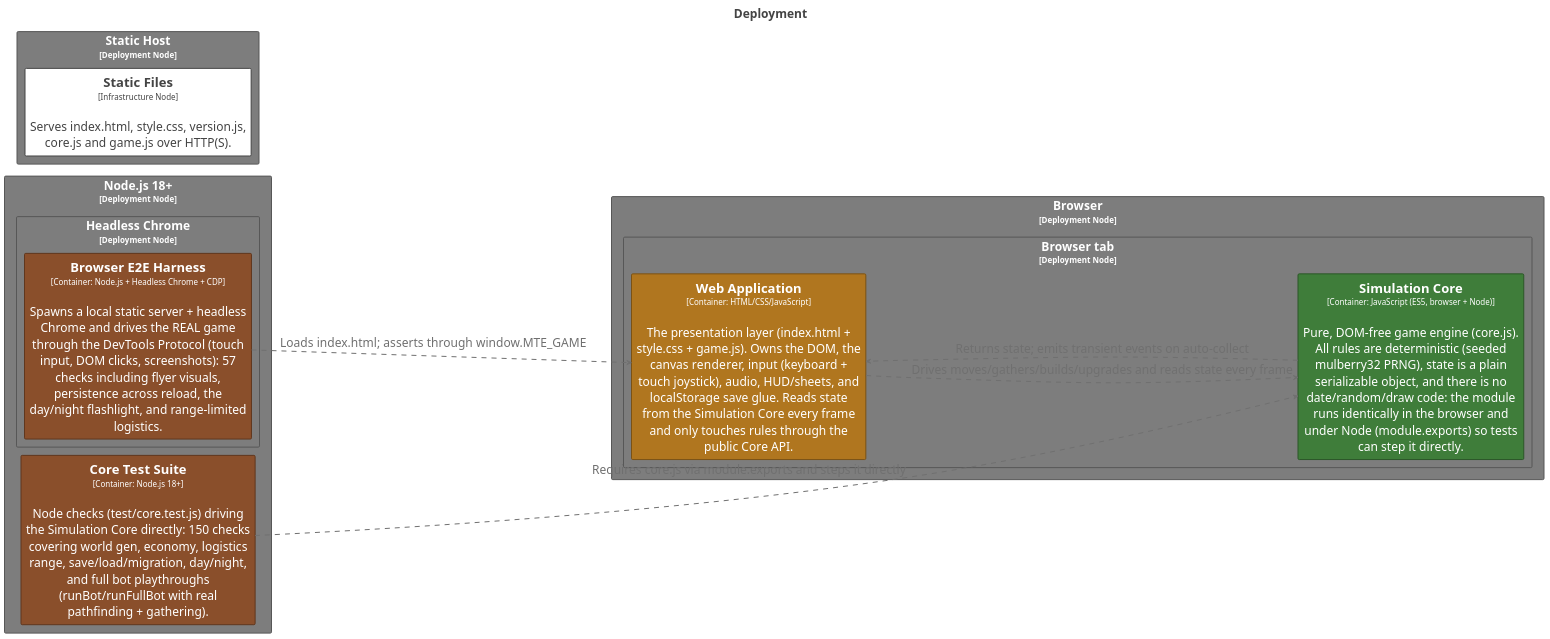
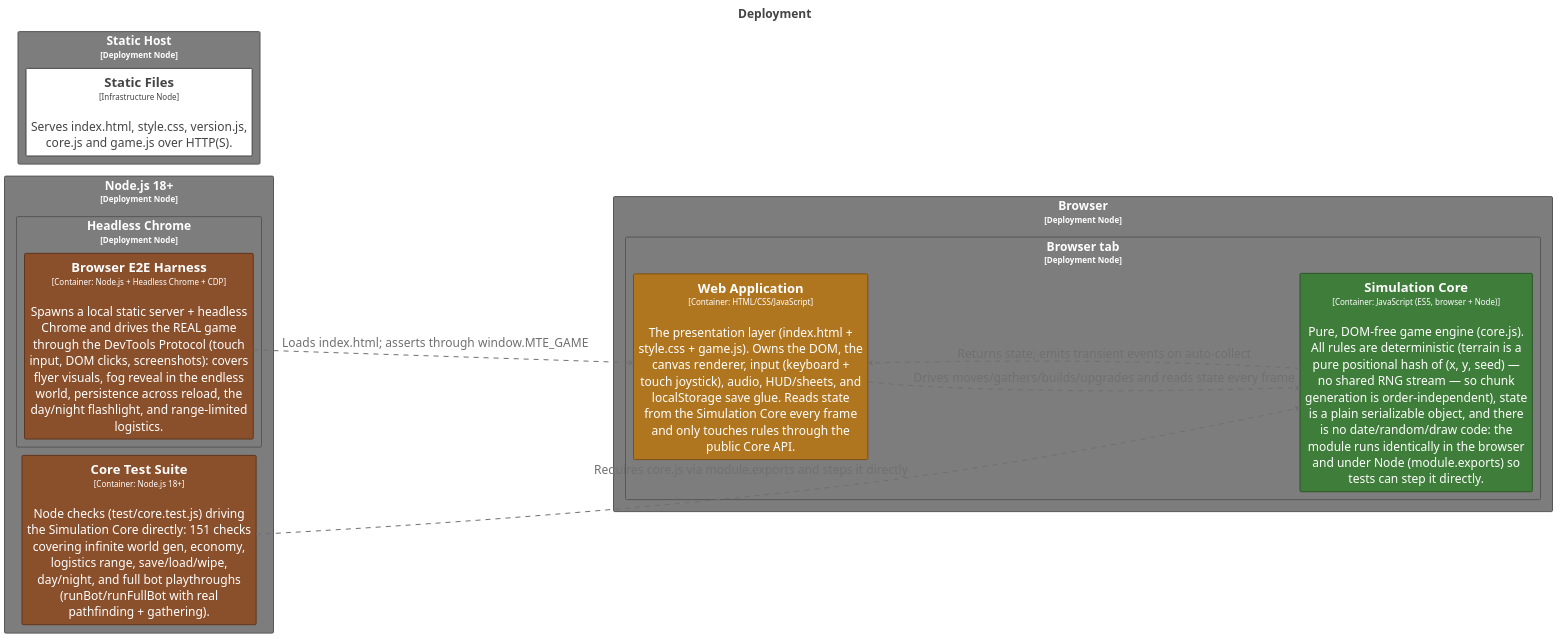
Before and after one commit to bitkojine/more-than-enough: the diagram in structurizr/diagrams/Deployment.puml, drawn with PlantUML. The commit also changed 20 other files, not shown here.

First line of the commit message:
v0.10.0: infinite procedural world — no edge, no wall (save format v3)

```diff
--- a/structurizr/diagrams/Deployment.puml
+++ b/structurizr/diagrams/Deployment.puml
@@ -2,110 +2,110 @@
 @startuml
 title <size:24>Deployment</size>
 
 set separator none
 left to right direction
 skinparam ranksep 20
 skinparam nodesep 5
 hide stereotype
 
 <style>
   root {
     BackgroundColor: #ffffff;
     FontColor: #444444;
   }
   // Element
   .Element-RWxlbWVudA== {
     BackgroundColor: #ffffff;
     LineColor: #444444;
     LineStyle: 0;
     LineThickness: 2;
     FontColor: #444444;
     FontSize: 24;
     HorizontalAlignment: center;
     Shadowing: 0;
     MaximumWidth: 450;
   }
   // Element,Container,Core Engine
   .Element-RWxlbWVudCxDb250YWluZXIsQ29yZSBFbmdpbmU= {
     BackgroundColor: #3f7d3a;
     LineColor: #2c5728;
     LineStyle: 0;
     LineThickness: 2;
     FontColor: #ffffff;
     FontSize: 24;
     HorizontalAlignment: center;
     Shadowing: 0;
     MaximumWidth: 450;
   }
   // Element,Container,Presentation
   .Element-RWxlbWVudCxDb250YWluZXIsUHJlc2VudGF0aW9u {
     BackgroundColor: #b0761f;
     LineColor: #7b5215;
     LineStyle: 0;
     LineThickness: 2;
     FontColor: #ffffff;
     FontSize: 24;
     HorizontalAlignment: center;
     Shadowing: 0;
     MaximumWidth: 450;
   }
   // Element,Container,Tooling,Test
   .Element-RWxlbWVudCxDb250YWluZXIsVG9vbGluZyxUZXN0 {
     BackgroundColor: #8a4f2b;
     LineColor: #60371e;
     LineStyle: 0;
     LineThickness: 2;
     FontColor: #ffffff;
     FontSize: 24;
     HorizontalAlignment: center;
     Shadowing: 0;
     MaximumWidth: 450;
   }
   // Relationship
   .Relationship-UmVsYXRpb25zaGlw {
     LineThickness: 2;
     LineStyle: 10-10;
     LineColor: #707070;
     FontColor: #707070;
     FontSize: 24;
     MaximumWidth: 200;
   }
   // Element,Deployment Node
   .DeploymentNode-RWxlbWVudCxEZXBsb3ltZW50IE5vZGU= {
     BackgroundColor: #7d7d7d;
     LineColor: #575757;
     LineStyle: 0;
     LineThickness: 2;
     FontColor: #ffffff;
     FontSize: 24;
     HorizontalAlignment: center;
     Shadowing: 0;
   }
 </style>
 
 rectangle "Browser\n<size:16>[Deployment Node]</size>" <<DeploymentNode-RWxlbWVudCxEZXBsb3ltZW50IE5vZGU=>> as LocalDevelopment.Browser {
   rectangle "Browser tab\n<size:16>[Deployment Node]</size>" <<DeploymentNode-RWxlbWVudCxEZXBsb3ltZW50IE5vZGU=>> as LocalDevelopment.Browser.Browsertab {
     rectangle "==Web Application\n<size:16>[Container: HTML/CSS/JavaScript]</size>\n\nThe presentation layer (index.html + style.css + game.js). Owns the DOM, the canvas renderer, input (keyboard + touch joystick), audio, HUD/sheets, and localStorage save glue. Reads state from the Simulation Core every frame and only touches rules through the public Core API." <<Element-RWxlbWVudCxDb250YWluZXIsUHJlc2VudGF0aW9u>> as LocalDevelopment.Browser.Browsertab.WebApplication_1
-    rectangle "==Simulation Core\n<size:16>[Container: JavaScript (ES5, browser + Node)]</size>\n\nPure, DOM-free game engine (core.js). All rules are deterministic (seeded mulberry32 PRNG), state is a plain serializable object, and there is no date/random/draw code: the module runs identically in the browser and under Node (module.exports) so tests can step it directly." <<Element-RWxlbWVudCxDb250YWluZXIsQ29yZSBFbmdpbmU=>> as LocalDevelopment.Browser.Browsertab.SimulationCore_1
+    rectangle "==Simulation Core\n<size:16>[Container: JavaScript (ES5, browser + Node)]</size>\n\nPure, DOM-free game engine (core.js). All rules are deterministic (terrain is a pure positional hash of (x, y, seed) — no shared RNG stream — so chunk generation is order-independent), state is a plain serializable object, and there is no date/random/draw code: the module runs identically in the browser and under Node (module.exports) so tests can step it directly." <<Element-RWxlbWVudCxDb250YWluZXIsQ29yZSBFbmdpbmU=>> as LocalDevelopment.Browser.Browsertab.SimulationCore_1
   }
 
 }
 
 rectangle "Static Host\n<size:16>[Deployment Node]</size>" <<DeploymentNode-RWxlbWVudCxEZXBsb3ltZW50IE5vZGU=>> as LocalDevelopment.StaticHost {
   rectangle "==Static Files\n<size:16>[Infrastructure Node]</size>\n\nServes index.html, style.css, version.js, core.js and game.js over HTTP(S)." <<Element-RWxlbWVudA==>> as LocalDevelopment.StaticHost.StaticFiles
 }
 
 rectangle "Node.js 18+\n<size:16>[Deployment Node]</size>" <<DeploymentNode-RWxlbWVudCxEZXBsb3ltZW50IE5vZGU=>> as LocalDevelopment.Nodejs18 {
-  rectangle "==Core Test Suite\n<size:16>[Container: Node.js 18+]</size>\n\nNode checks (test/core.test.js) driving the Simulation Core directly: 150 checks covering world gen, economy, logistics range, save/load/migration, day/night, and full bot playthroughs (runBot/runFullBot with real pathfinding + gathering)." <<Element-RWxlbWVudCxDb250YWluZXIsVG9vbGluZyxUZXN0>> as LocalDevelopment.Nodejs18.CoreTestSuite_1
+  rectangle "==Core Test Suite\n<size:16>[Container: Node.js 18+]</size>\n\nNode checks (test/core.test.js) driving the Simulation Core directly: 151 checks covering infinite world gen, economy, logistics range, save/load/wipe, day/night, and full bot playthroughs (runBot/runFullBot with real pathfinding + gathering)." <<Element-RWxlbWVudCxDb250YWluZXIsVG9vbGluZyxUZXN0>> as LocalDevelopment.Nodejs18.CoreTestSuite_1
   rectangle "Headless Chrome\n<size:16>[Deployment Node]</size>" <<DeploymentNode-RWxlbWVudCxEZXBsb3ltZW50IE5vZGU=>> as LocalDevelopment.Nodejs18.HeadlessChrome {
-    rectangle "==Browser E2E Harness\n<size:16>[Container: Node.js + Headless Chrome + CDP]</size>\n\nSpawns a local static server + headless Chrome and drives the REAL game through the DevTools Protocol (touch input, DOM clicks, screenshots): 57 checks including flyer visuals, persistence across reload, the day/night flashlight, and range-limited logistics." <<Element-RWxlbWVudCxDb250YWluZXIsVG9vbGluZyxUZXN0>> as LocalDevelopment.Nodejs18.HeadlessChrome.BrowserE2EHarness_1
+    rectangle "==Browser E2E Harness\n<size:16>[Container: Node.js + Headless Chrome + CDP]</size>\n\nSpawns a local static server + headless Chrome and drives the REAL game through the DevTools Protocol (touch input, DOM clicks, screenshots): covers flyer visuals, fog reveal in the endless world, persistence across reload, the day/night flashlight, and range-limited logistics." <<Element-RWxlbWVudCxDb250YWluZXIsVG9vbGluZyxUZXN0>> as LocalDevelopment.Nodejs18.HeadlessChrome.BrowserE2EHarness_1
   }
 
 }
 
 LocalDevelopment.Browser.Browsertab.SimulationCore_1 --> LocalDevelopment.Browser.Browsertab.WebApplication_1 <<Relationship-UmVsYXRpb25zaGlw>> : "Returns state; emits transient events on auto-collect"
 LocalDevelopment.Browser.Browsertab.WebApplication_1 --> LocalDevelopment.Browser.Browsertab.SimulationCore_1 <<Relationship-UmVsYXRpb25zaGlw>> : "Drives moves/gathers/builds/upgrades and reads state every frame"
 LocalDevelopment.Nodejs18.CoreTestSuite_1 --> LocalDevelopment.Browser.Browsertab.SimulationCore_1 <<Relationship-UmVsYXRpb25zaGlw>> : "Requires core.js via module.exports and steps it directly"
 LocalDevelopment.Nodejs18.HeadlessChrome.BrowserE2EHarness_1 --> LocalDevelopment.Browser.Browsertab.WebApplication_1 <<Relationship-UmVsYXRpb25zaGlw>> : "Loads index.html; asserts through window.MTE_GAME"
 
 @enduml
```
